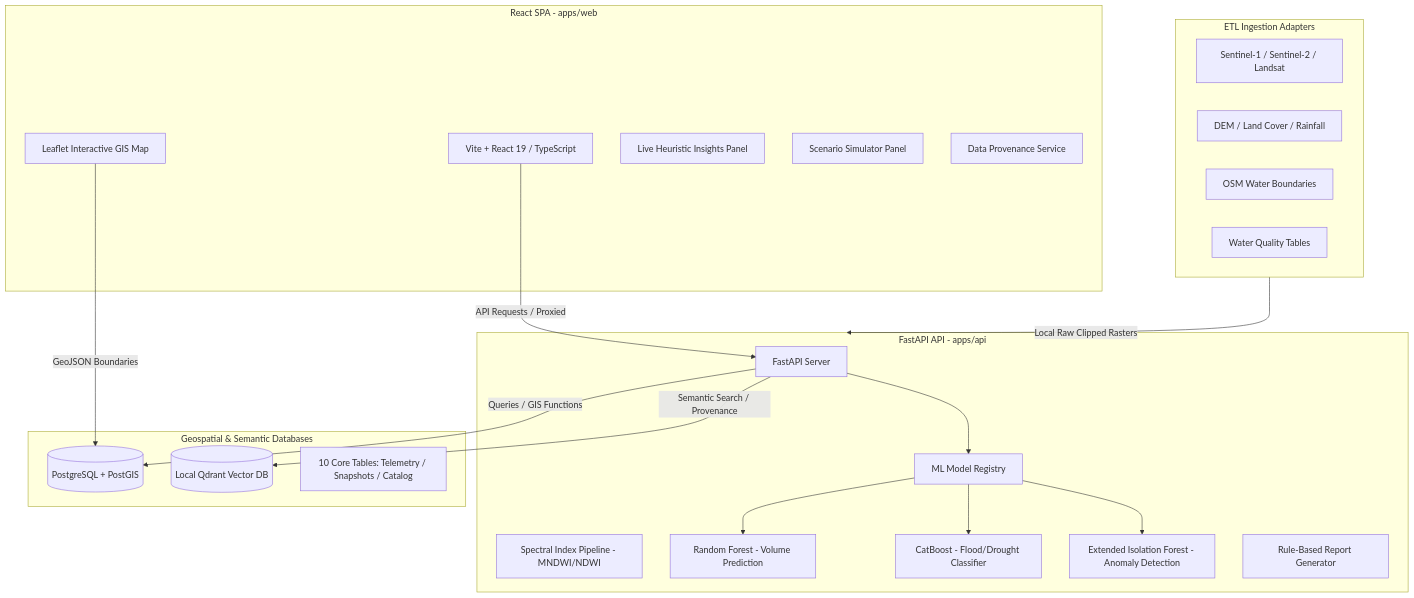
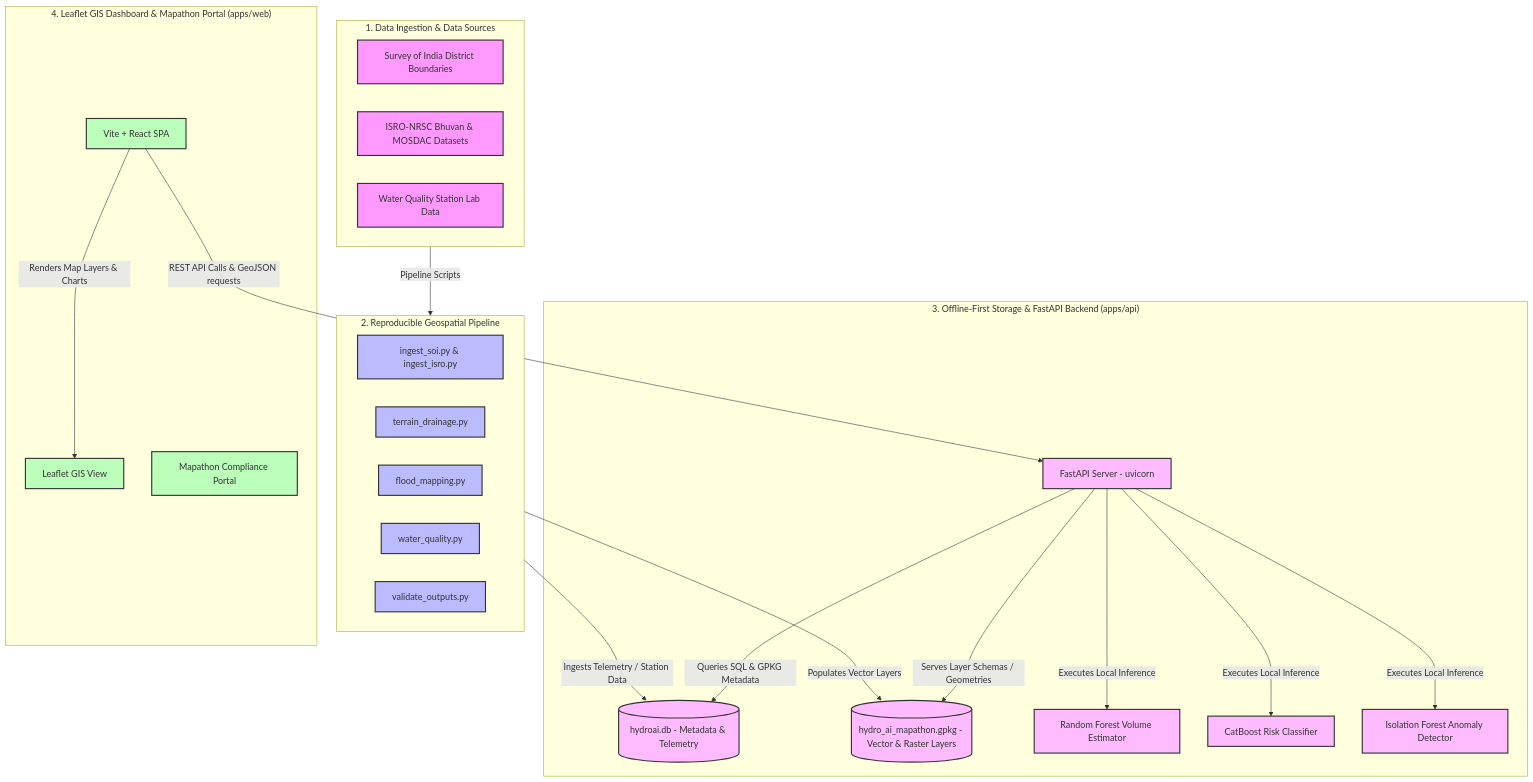
Before and after one commit to ELANGKATHIR11/Hydro-AI: the diagram in README.md, drawn with Mermaid. The commit also changed other lines of this file and 60 other files, not shown here.

Commit message:
docs: update description, architecture diagram, license info and README

````diff
--- a/README.md
+++ b/README.md
@@ -9,48 +14,57 @@
 ```mermaid
 graph TD
-    %% Frontend Section
-    subgraph Frontend [React SPA - apps/web]
-        UI[Vite + React 19 / TypeScript]
-        Map[Leaflet Interactive GIS Map]
-        Insights[Live Heuristic Insights Panel]
-        TwinSim[Scenario Simulator Panel]
-        Provenance[Data Provenance Service]
-    end
+    %% Styling
+    classDef ingest fill:#f9f,stroke:#333,stroke-width:2px;
+    classDef pipeline fill:#bbf,stroke:#333,stroke-width:2px;
+    classDef backend fill:#fbf,stroke:#333,stroke-width:2px;
+    classDef frontend fill:#bfb,stroke:#333,stroke-width:2px;
 
     %% Ingestion Section
-    subgraph Ingestion [ETL Ingestion Adapters]
-        Sensors[Sentinel-1 / Sentinel-2 / Landsat]
-        DEM[DEM / Land Cover / Rainfall]
-        OSM[OSM Water Boundaries]
-        WQ[Water Quality Tables]
+    subgraph Ingestion ["1. Data Ingestion & Data Sources"]
+        SOI[Survey of India District Boundaries]
+        NRSC[ISRO-NRSC Bhuvan & MOSDAC Datasets]
+        WQ[Water Quality Station Lab Data]
     end
+    class SOI,NRSC,WQ ingest;
 
-    %% Backend Section
-    subgraph Backend [FastAPI API - apps/api]
-        API[FastAPI Server]
-        GeePipe[Spectral Index Pipeline - MNDWI/NDWI]
-        MLEngine[ML Model Registry]
-        RF[Random Forest - Volume Prediction]
-        CB[CatBoost - Flood/Drought Classifier]
-        EIF[Extended Isolation Forest - Anomaly Detection]
-        RuleEngine[Rule-Based Report Generator]
+    %% Processing Section
+    subgraph Pipeline ["2. Reproducible Geospatial Pipeline"]
+        IngestScript[ingest_soi.py & ingest_isro.py]
+        TerrainScript[terrain_drainage.py]
+        FloodScript[flood_mapping.py]
+        WQScript[water_quality.py]
+        ValidationScript[validate_outputs.py]
     end
+    class IngestScript,TerrainScript,FloodScript,WQScript,ValidationScript pipeline;
 
-    %% Database & Vector Section
-    subgraph Storage [Geospatial & Semantic Databases]
-        Postgres[(PostgreSQL + PostGIS)]
-        Qdrant[(Local Qdrant Vector DB)]
-        Schema[10 Core Tables: Telemetry / Snapshots / Catalog]
+    %% Storage & Backend
+    subgraph Backend ["3. Offline-First Storage & FastAPI Backend (apps/api)"]
+        SQLite[(hydroai.db - Metadata & Telemetry)]
+        GPKG[(hydro_ai_mapathon.gpkg - Vector & Raster Layers)]
+        FastAPI[FastAPI Server - uvicorn]
+        RF[Random Forest Volume Estimator]
+        CatBoost[CatBoost Risk Classifier]
+        IForest[Isolation Forest Anomaly Detector]
     end
+    class SQLite,GPKG,FastAPI,RF,CatBoost,IForest backend;
+
+    %% Frontend Section
+    subgraph Frontend ["4. Leaflet GIS Dashboard & Mapathon Portal (apps/web)"]
+        React[Vite + React SPA]
+        Leaflet[Leaflet GIS View]
+        Compliance[Mapathon Compliance Portal]
+    end
+    class React,Leaflet,Compliance frontend;
 
     %% Connections
-    UI -->|API Requests / Proxied| API
-    Map -->|GeoJSON Boundaries| Postgres
-    Ingestion -->|Local Raw Clipped Rasters| Backend
-    API -->|Queries / GIS Functions| Postgres
-    API -->|Semantic Search / Provenance| Qdrant
-    MLEngine --> RF
-    MLEngine --> CB
-    MLEngine --> EIF
-    API --> MLEngine
+    Ingestion -->|Pipeline Scripts| Pipeline
+    Pipeline -->|Populates Vector Layers| GPKG
+    Pipeline -->|Ingests Telemetry / Station Data| SQLite
+    FastAPI -->|Queries SQL & GPKG Metadata| SQLite
+    FastAPI -->|Serves Layer Schemas / Geometries| GPKG
+    FastAPI -->|Executes Local Inference| RF
+    FastAPI -->|Executes Local Inference| CatBoost
+    FastAPI -->|Executes Local Inference| IForest
+    React -->|REST API Calls & GeoJSON requests| FastAPI
+    React -->|Renders Map Layers & Charts| Leaflet
 ```
````
